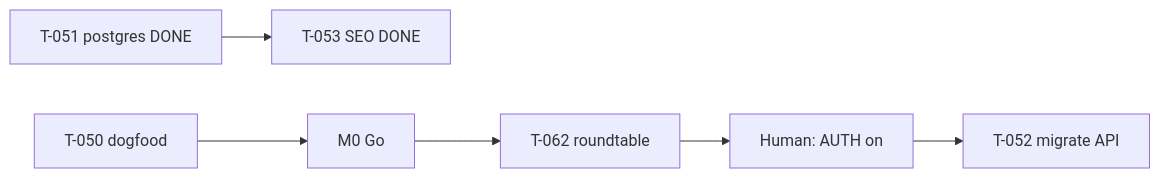
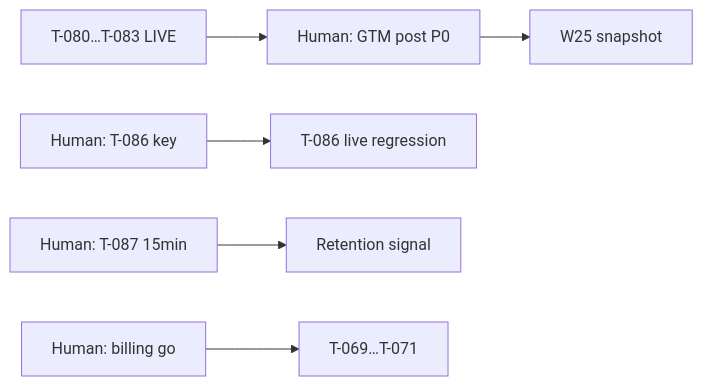
One commit to pagasbot-coder/Agent changed the diagram in quiet-partner/docs/team-assignments.md. Above: the diagram before and after it, drawn with Mermaid. The commit also changed other lines of this file and 62 other files, not shown here.

````diff
--- a/quiet-partner/docs/team-assignments.md
+++ b/quiet-partner/docs/team-assignments.md
@@ -97,8 +98,8 @@
 ```mermaid
 flowchart LR
-  DB[T-051 postgres DONE] --> SEO[T-053 SEO DONE]
-  D[T-050 dogfood] --> M0[M0 Go]
-  M0 --> RT[T-062 roundtable]
-  RT --> AUTH[Human: AUTH on]
-  AUTH --> T52[T-052 migrate API]
+  LIVE[T-080…T-083 LIVE] --> GTM[Human: GTM post P0]
+  GTM --> MET[W25 snapshot]
+  KEY[Human: T-086 key] --> LLM[T-086 live regression]
+  DOG[Human: T-087 15min] --> RET[Retention signal]
+  HUMAN2[Human: billing go] --> BILL[T-069…T-071]
 ```
````
